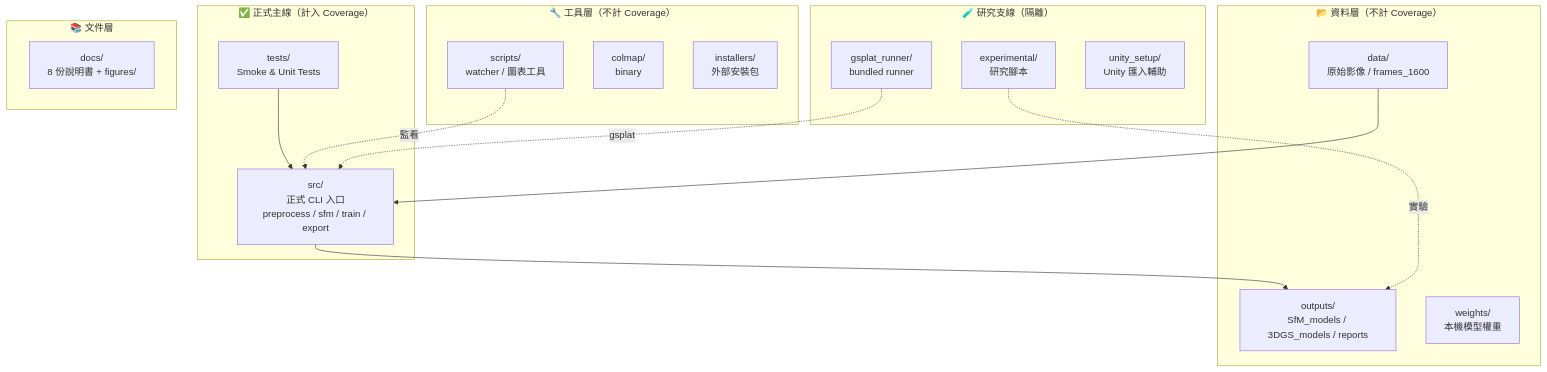
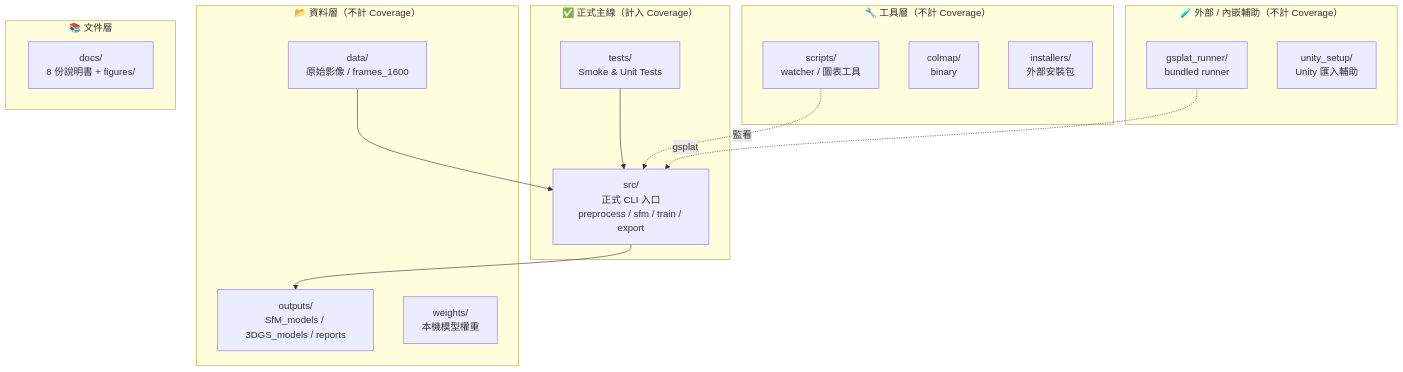
One commit to e1134171019/3d-recon-pipeline changed the first of 4 diagrams in README.md. Above: the diagram before and after it, drawn with Mermaid. The commit also changed other lines of this file and 631 other files, not shown here.

````diff
--- a/README.md
+++ b/README.md
@@ -183,36 +189,34 @@
 ```mermaid
 graph TB
     subgraph PROD["✅ 正式主線（計入 Coverage）"]
         SRC["src/\n正式 CLI 入口\npreprocess / sfm / train / export"]
         TST["tests/\nSmoke & Unit Tests"]
     end
 
     subgraph DATA["📂 資料層（不計 Coverage）"]
         DAT["data/\n原始影像 / frames_1600"]
         OUT["outputs/\nSfM_models / 3DGS_models / reports"]
         WGT["weights/\n本機模型權重"]
     end
 
     subgraph TOOLS["🔧 工具層（不計 Coverage）"]
         SCR["scripts/\nwatcher / 圖表工具"]
         COL["colmap/\nbinary"]
         INS["installers/\n外部安裝包"]
     end
 
-    subgraph EXP["🧪 研究支線（隔離）"]
-        EXP2["experimental/\n研究腳本"]
+    subgraph EXP["🧪 外部 / 內嵌輔助（不計 Coverage）"]
         RUN["gsplat_runner/\nbundled runner"]
         UNI["unity_setup/\nUnity 匯入輔助"]
     end
 
     subgraph DOCS["📚 文件層"]
         DOC["docs/\n8 份說明書 + figures/"]
     end
 
     SRC --> OUT
     TST --> SRC
     DAT --> SRC
     SCR -.->|監看| SRC
-    EXP2 -.->|實驗| OUT
     RUN -.->|gsplat| SRC
 ```
````
